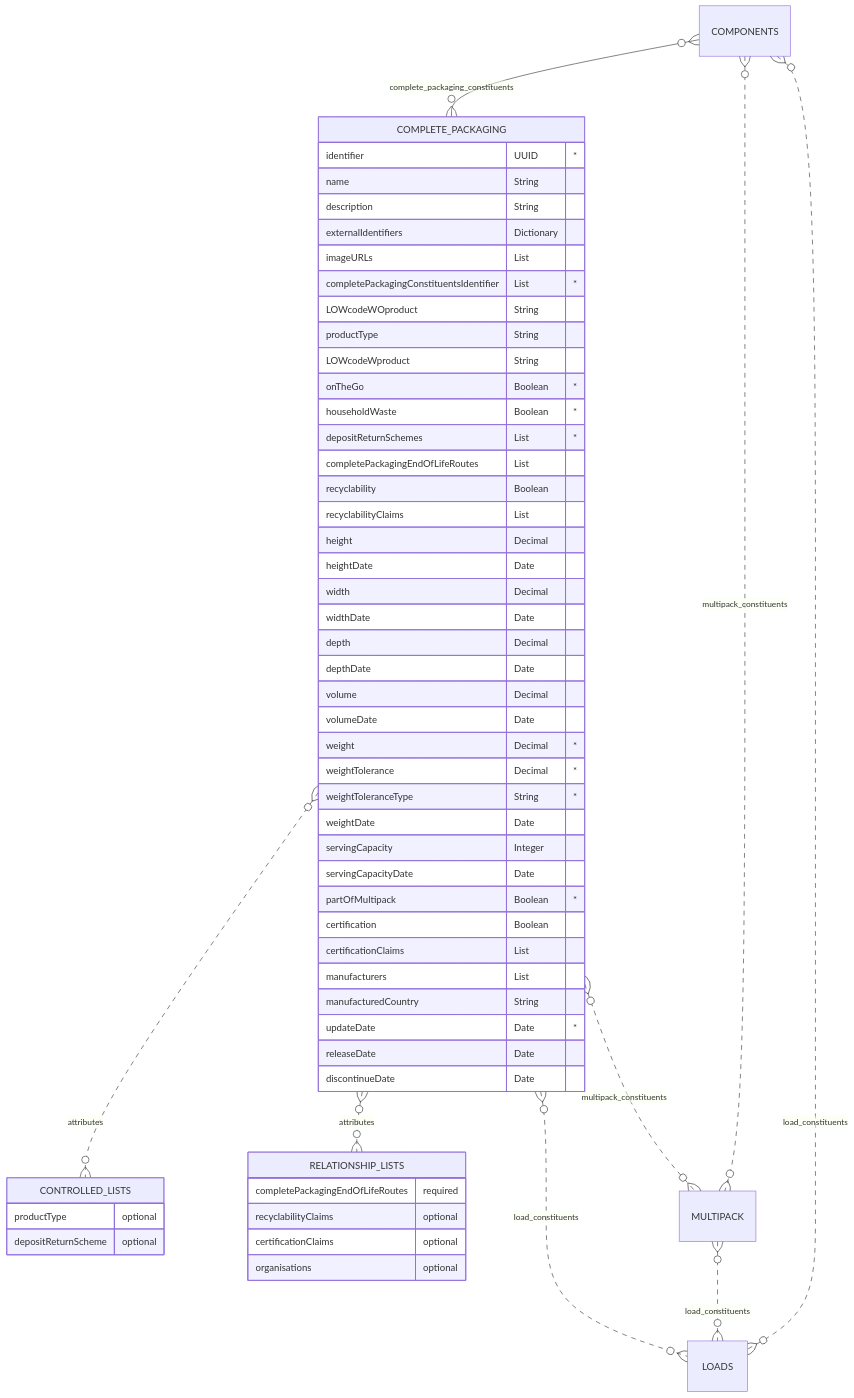
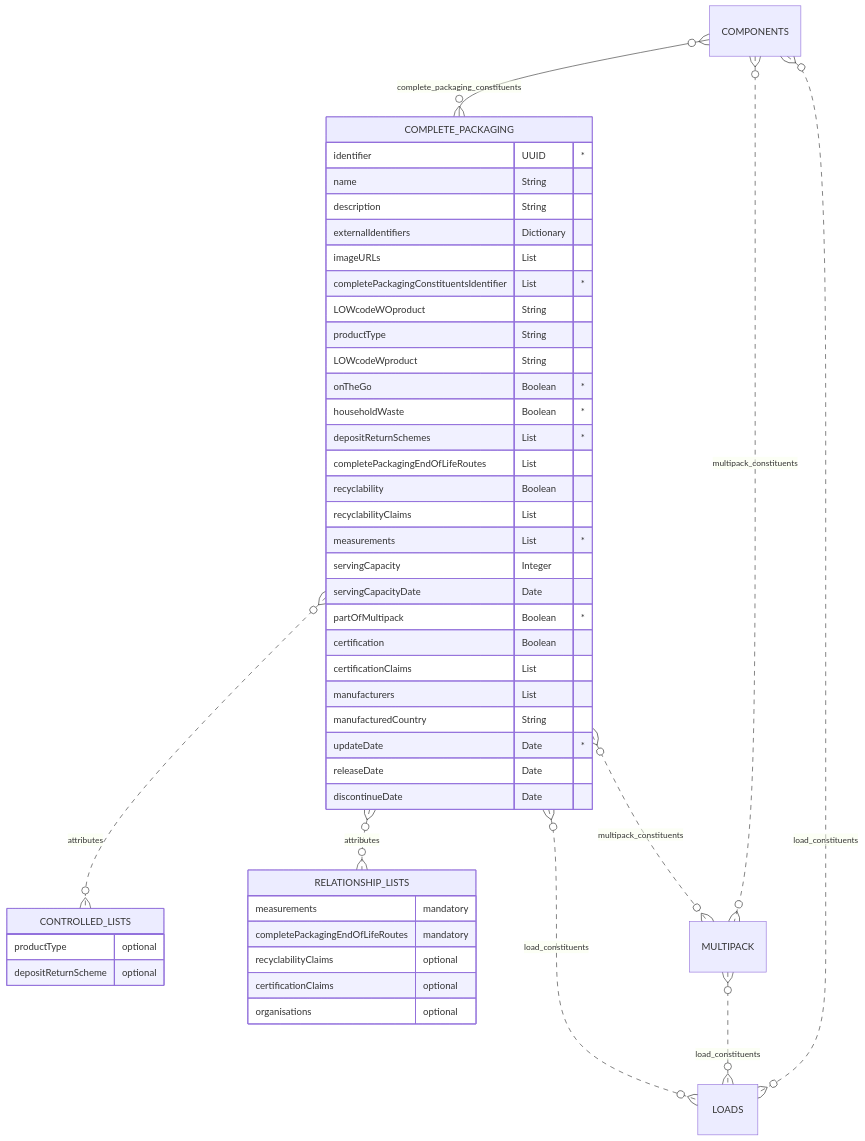
Before and after one commit to OpenDataManchester/Open3P: the first of 2 diagrams in docs/3_Data_Specification/3_4_Complete_Packaging.md, drawn with Mermaid. The commit also changed other lines of this file, not shown here.

Commit message:
remove height/weight etc add measurements

````diff
--- a/docs/3_Data_Specification/3_4_Complete_Packaging.md
+++ b/docs/3_Data_Specification/3_4_Complete_Packaging.md
@@ -53,60 +42,50 @@
 ``` mermaid
 erDiagram
 COMPONENTS }o--o{ COMPLETE_PACKAGING : complete_packaging_constituents
   COMPLETE_PACKAGING {
     identifier UUID "*"
     name String
     description String
     externalIdentifiers Dictionary
     imageURLs List
     completePackagingConstituentsIdentifier List "*"
     LOWcodeWOproduct String
     productType String
     LOWcodeWproduct String
     onTheGo Boolean "*"
     householdWaste Boolean "*"
     depositReturnSchemes List "*"
     completePackagingEndOfLifeRoutes List
     recyclability Boolean
     recyclabilityClaims List
-    height Decimal
-    heightDate Date
-    width Decimal
-    widthDate Date
-    depth Decimal
-    depthDate Date
-    volume Decimal
-    volumeDate Date
-    weight Decimal "*"
-    weightTolerance Decimal "*"
-    weightToleranceType String "*"
-    weightDate Date
+    measurements List "*"
     servingCapacity Integer
     servingCapacityDate Date
     partOfMultipack Boolean "*"
     certification Boolean
     certificationClaims List
     manufacturers List
     manufacturedCountry String
     updateDate Date "*"
     releaseDate Date
     discontinueDate Date
   }
   COMPLETE_PACKAGING }o..o{ CONTROLLED_LISTS : attributes
   COMPLETE_PACKAGING }O..O{ RELATIONSHIP_LISTS : attributes
   COMPLETE_PACKAGING }o..o{ MULTIPACK : multipack_constituents
   COMPONENTS }o..o{ MULTIPACK : multipack_constituents
   COMPLETE_PACKAGING }o..o{ LOADS : load_constituents
   MULTIPACK }o..o{ LOADS : load_constituents
   COMPONENTS }o..o{ LOADS : load_constituents
       CONTROLLED_LISTS {
       productType optional
       depositReturnScheme optional
     }
     RELATIONSHIP_LISTS {
-      completePackagingEndOfLifeRoutes required
+      measurements mandatory
+      completePackagingEndOfLifeRoutes mandatory
       recyclabilityClaims optional
       certificationClaims optional
       organisations optional
     }
 ```
````
